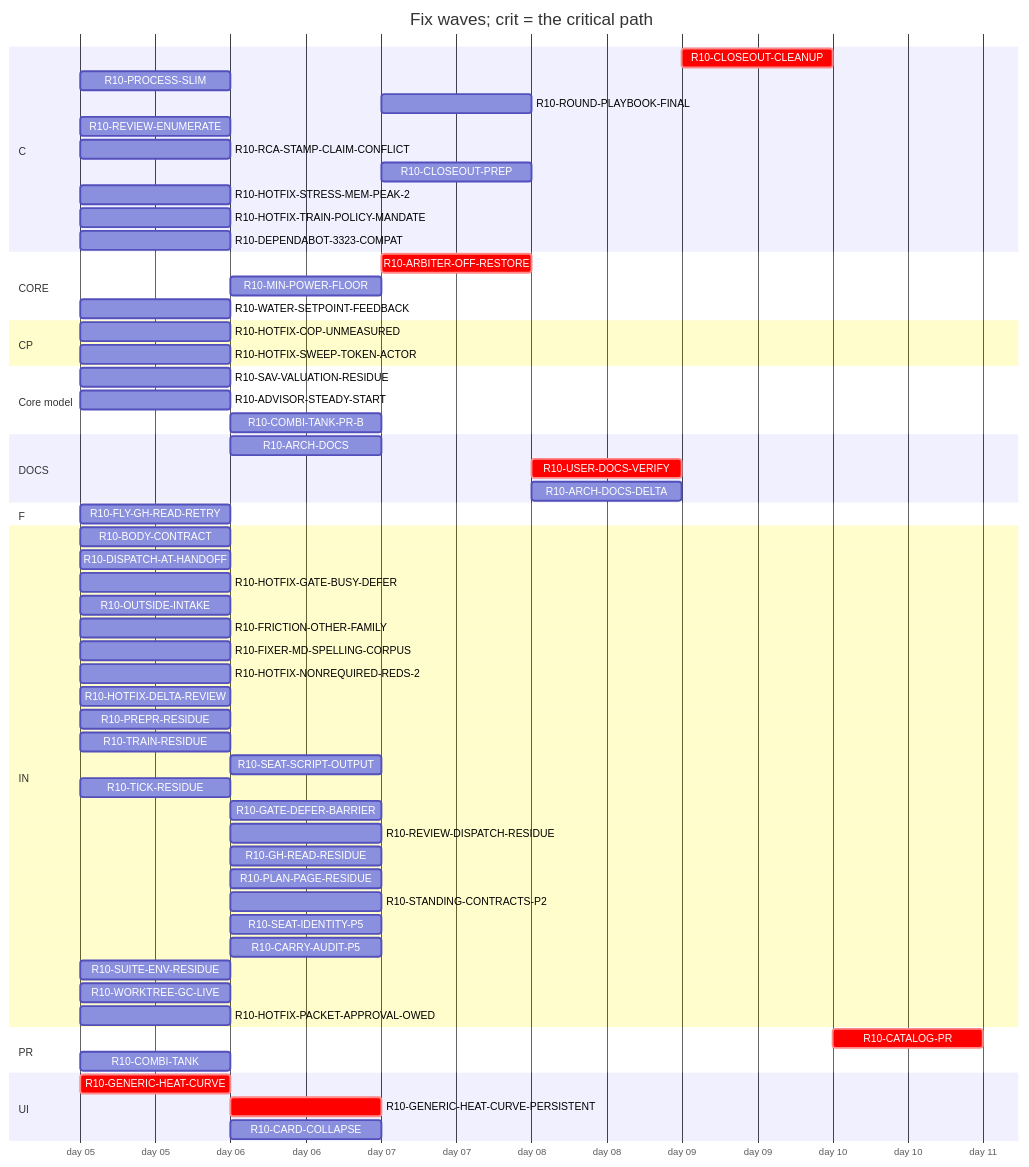
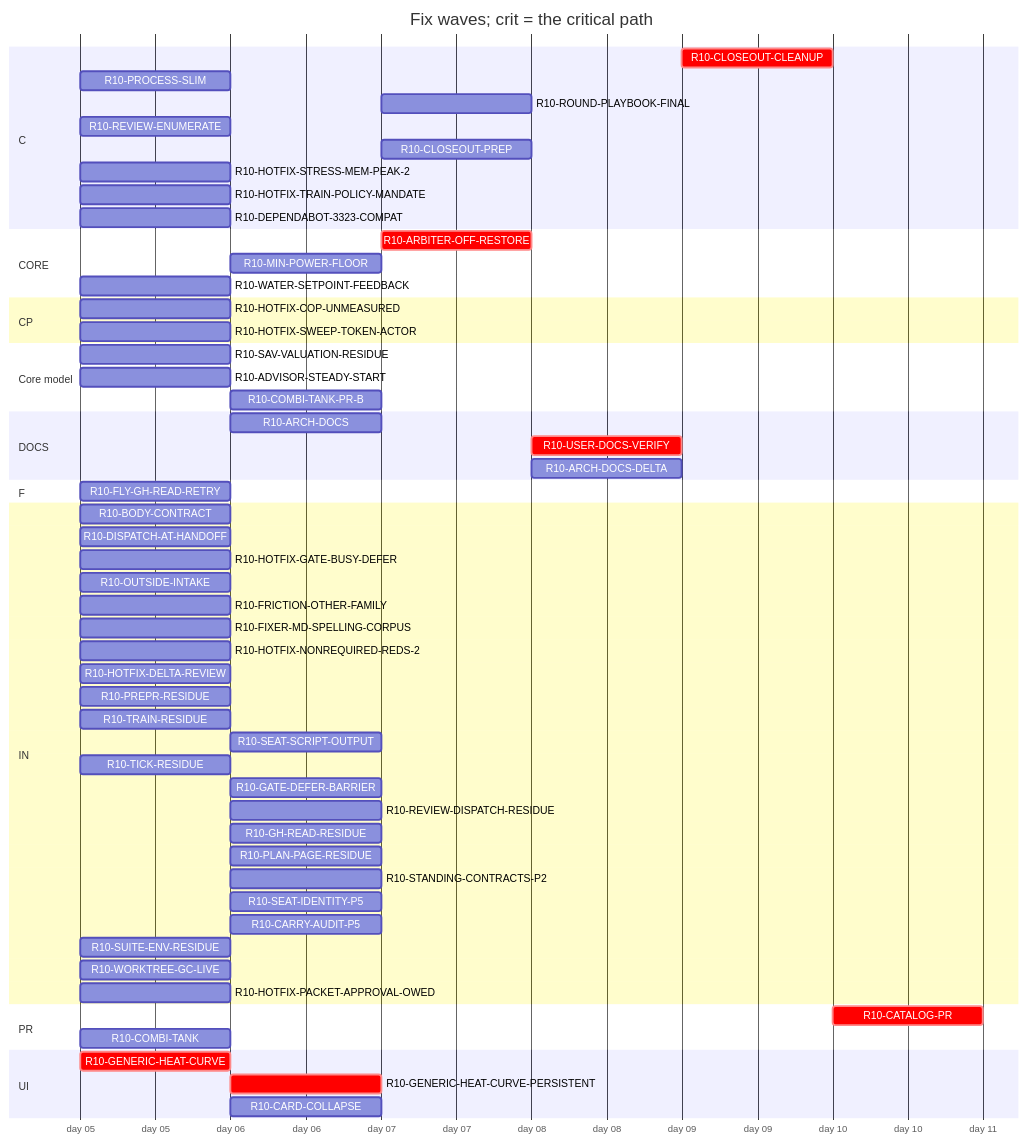
The diagram in handoff/round10/state/PLAN-TABLE.md (tvofi/heatpump_optimizer), drawn with Mermaid before and after one commit. The commit also changed other lines of this file and 3 other files, not shown here.

Commit message:
state: FLOW-BOARD.md, NEXT-SESSION-PROMPT.md, PLAN-TABLE.md, RESUME-CURRENT.md regenerated (state_docs.py)

````diff
--- a/handoff/round10/state/PLAN-TABLE.md
+++ b/handoff/round10/state/PLAN-TABLE.md
@@ -22,63 +22,62 @@
 ```mermaid
 gantt
   title Fix waves; crit = the critical path
   dateFormat YYYY-MM-DD
   axisFormat day %d
   section C
     R10-CLOSEOUT-CLEANUP :crit, r10CLOSEOUTCLEANUP, after r10ARCHDOCS r10USERDOCSVERIFY r10ROUNDPLAYBOOKFINAL r10FRICTIONOTHERFAMILY r10CLOSEOUTPREP r10ARCHDOCSDELTA, 1d
     R10-PROCESS-SLIM :r10PROCESSSLIM, 2026-01-05, 1d
     R10-ROUND-PLAYBOOK-FINAL :r10ROUNDPLAYBOOKFINAL, after r10DISPATCHATHANDOFF r10BODYCONTRACT r10FLYGHREADRETRY r10PROCESSSLIM r10OUTSIDEINTAKE r10FRICTIONOTHERFAMILY r10FIXERMDSPELLINGCORPUS r10PREPRRESIDUE r10SEATSCRIPTOUTPUT r10REVIEWDISPATCHRESIDUE r10CARRYAUDITP5 r10TICKRESIDUE r10SEATIDENTITYP5 r10STANDINGCONTRACTSP2 r10PLANPAGERESIDUE r10TRAINRESIDUE r10GHREADRESIDUE r10SUITEENVRESIDUE r10GATEDEFERBARRIER r10WORKTREEGCLIVE, 1d
     R10-REVIEW-ENUMERATE :r10REVIEWENUMERATE, 2026-01-05, 1d
-    R10-RCA-STAMP-CLAIM-CONFLICT :r10RCASTAMPCLAIMCONFLICT, 2026-01-05, 1d
     R10-CLOSEOUT-PREP :r10CLOSEOUTPREP, after r10ARCHDOCS r10DISPATCHATHANDOFF r10BODYCONTRACT r10FLYGHREADRETRY r10PROCESSSLIM r10OUTSIDEINTAKE r10FRICTIONOTHERFAMILY r10FIXERMDSPELLINGCORPUS r10PREPRRESIDUE r10SEATSCRIPTOUTPUT r10REVIEWDISPATCHRESIDUE r10CARRYAUDITP5 r10TICKRESIDUE r10SEATIDENTITYP5 r10STANDINGCONTRACTSP2 r10PLANPAGERESIDUE r10TRAINRESIDUE r10GHREADRESIDUE r10SUITEENVRESIDUE r10GATEDEFERBARRIER r10WORKTREEGCLIVE, 1d
     R10-HOTFIX-STRESS-MEM-PEAK-2 :r10HOTFIXSTRESSMEMPEAK2, 2026-01-05, 1d
     R10-HOTFIX-TRAIN-POLICY-MANDATE :r10HOTFIXTRAINPOLICYMANDATE, 2026-01-05, 1d
     R10-DEPENDABOT-3323-COMPAT :r10DEPENDABOT3323COMPAT, 2026-01-05, 1d
   section CORE
     R10-ARBITER-OFF-RESTORE :crit, r10ARBITEROFFRESTORE, after r10GENERICHEATCURVE r10GENERICHEATCURVEPERSISTENT r10WATERSETPOINTFEEDBACK, 1d
     R10-MIN-POWER-FLOOR :r10MINPOWERFLOOR, after r10HOTFIXCOPUNMEASURED r10GENERICHEATCURVE, 1d
     R10-WATER-SETPOINT-FEEDBACK :r10WATERSETPOINTFEEDBACK, 2026-01-05, 1d
   section CP
     R10-HOTFIX-COP-UNMEASURED :r10HOTFIXCOPUNMEASURED, 2026-01-05, 1d
     R10-HOTFIX-SWEEP-TOKEN-ACTOR :r10HOTFIXSWEEPTOKENACTOR, 2026-01-05, 1d
   section Core model
     R10-SAV-VALUATION-RESIDUE :r10SAVVALUATIONRESIDUE, 2026-01-05, 1d
     R10-ADVISOR-STEADY-START :r10ADVISORSTEADYSTART, 2026-01-05, 1d
     R10-COMBI-TANK-PR-B :r10COMBITANKPRB, after r10COMBITANK, 1d
   section DOCS
     R10-ARCH-DOCS :r10ARCHDOCS, after r10DISPATCHATHANDOFF r10BODYCONTRACT r10FLYGHREADRETRY r10PROCESSSLIM r10OUTSIDEINTAKE r10FRICTIONOTHERFAMILY, 1d
     R10-USER-DOCS-VERIFY :crit, r10USERDOCSVERIFY, after r10HOTFIXCOPUNMEASURED r10GENERICHEATCURVE r10GENERICHEATCURVEPERSISTENT r10ARBITEROFFRESTORE r10COMBITANK r10MINPOWERFLOOR, 1d
     R10-ARCH-DOCS-DELTA :r10ARCHDOCSDELTA, after r10ARCHDOCS r10HOTFIXCOPUNMEASURED r10GENERICHEATCURVE r10GENERICHEATCURVEPERSISTENT r10ARBITEROFFRESTORE r10COMBITANK r10MINPOWERFLOOR r10SAVVALUATIONRESIDUE r10ADVISORSTEADYSTART r10COMBITANKPRB, 1d
   section F
     R10-FLY-GH-READ-RETRY :r10FLYGHREADRETRY, 2026-01-05, 1d
   section IN
     R10-BODY-CONTRACT :r10BODYCONTRACT, 2026-01-05, 1d
     R10-DISPATCH-AT-HANDOFF :r10DISPATCHATHANDOFF, 2026-01-05, 1d
     R10-HOTFIX-GATE-BUSY-DEFER :r10HOTFIXGATEBUSYDEFER, 2026-01-05, 1d
     R10-OUTSIDE-INTAKE :r10OUTSIDEINTAKE, 2026-01-05, 1d
     R10-FRICTION-OTHER-FAMILY :r10FRICTIONOTHERFAMILY, 2026-01-05, 1d
     R10-FIXER-MD-SPELLING-CORPUS :r10FIXERMDSPELLINGCORPUS, 2026-01-05, 1d
     R10-HOTFIX-NONREQUIRED-REDS-2 :r10HOTFIXNONREQUIREDREDS2, 2026-01-05, 1d
     R10-HOTFIX-DELTA-REVIEW :r10HOTFIXDELTAREVIEW, 2026-01-05, 1d
     R10-PREPR-RESIDUE :r10PREPRRESIDUE, 2026-01-05, 1d
     R10-TRAIN-RESIDUE :r10TRAINRESIDUE, 2026-01-05, 1d
     R10-SEAT-SCRIPT-OUTPUT :r10SEATSCRIPTOUTPUT, after r10TRAINRESIDUE, 1d
     R10-TICK-RESIDUE :r10TICKRESIDUE, 2026-01-05, 1d
     R10-GATE-DEFER-BARRIER :r10GATEDEFERBARRIER, after r10TRAINRESIDUE r10TICKRESIDUE, 1d
     R10-REVIEW-DISPATCH-RESIDUE :r10REVIEWDISPATCHRESIDUE, after r10DISPATCHATHANDOFF r10REVIEWENUMERATE r10HOTFIXDELTAREVIEW r10PROCESSSLIM, 1d
     R10-GH-READ-RESIDUE :r10GHREADRESIDUE, after r10FLYGHREADRETRY, 1d
     R10-PLAN-PAGE-RESIDUE :r10PLANPAGERESIDUE, after r10OUTSIDEINTAKE, 1d
     R10-STANDING-CONTRACTS-P2 :r10STANDINGCONTRACTSP2, after r10FIXERMDSPELLINGCORPUS, 1d
     R10-SEAT-IDENTITY-P5 :r10SEATIDENTITYP5, after r10TICKRESIDUE, 1d
     R10-CARRY-AUDIT-P5 :r10CARRYAUDITP5, after r10BODYCONTRACT, 1d
     R10-SUITE-ENV-RESIDUE :r10SUITEENVRESIDUE, 2026-01-05, 1d
     R10-WORKTREE-GC-LIVE :r10WORKTREEGCLIVE, 2026-01-05, 1d
     R10-HOTFIX-PACKET-APPROVAL-OWED :r10HOTFIXPACKETAPPROVALOWED, 2026-01-05, 1d
   section PR
     R10-CATALOG-PR :crit, r10CATALOGPR, after r10USERDOCSVERIFY r10ARCHDOCS r10ROUNDPLAYBOOKFINAL r10CLOSEOUTCLEANUP r10CLOSEOUTPREP r10ARCHDOCSDELTA, 1d
     R10-COMBI-TANK :r10COMBITANK, 2026-01-05, 1d
   section UI
     R10-GENERIC-HEAT-CURVE :crit, r10GENERICHEATCURVE, 2026-01-05, 1d
     R10-GENERIC-HEAT-CURVE-PERSISTENT :crit, r10GENERICHEATCURVEPERSISTENT, after r10GENERICHEATCURVE, 1d
     R10-CARD-COLLAPSE :r10CARDCOLLAPSE, after r10HOTFIXCOPUNMEASURED, 1d
 ```
````
